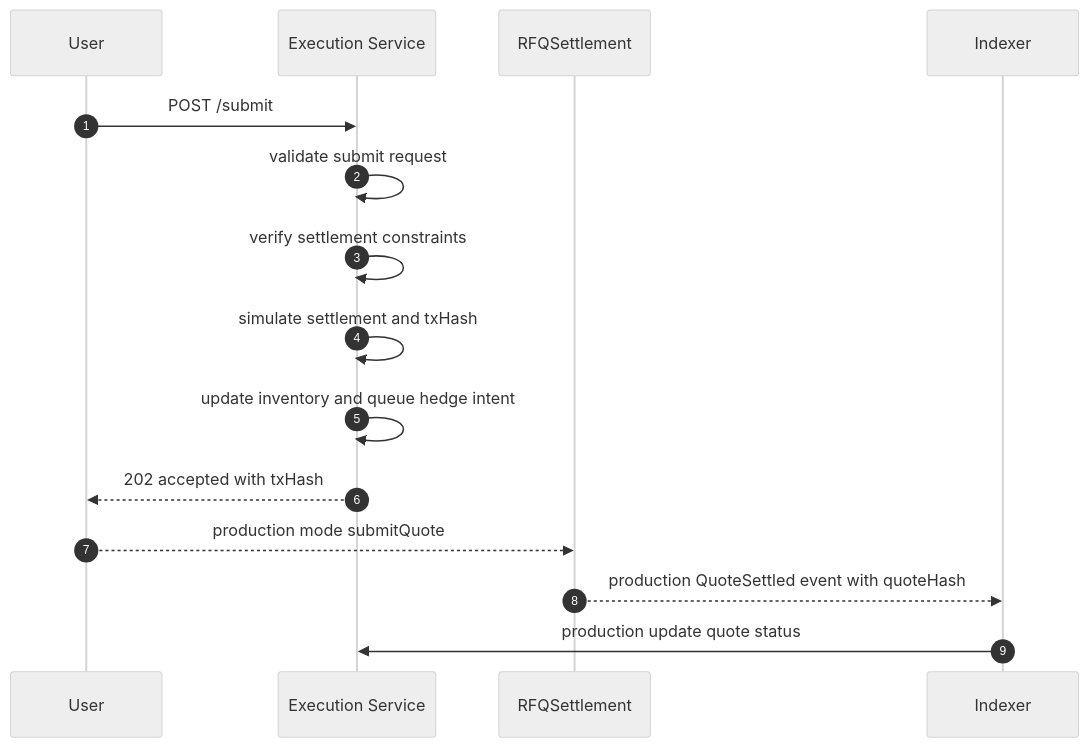
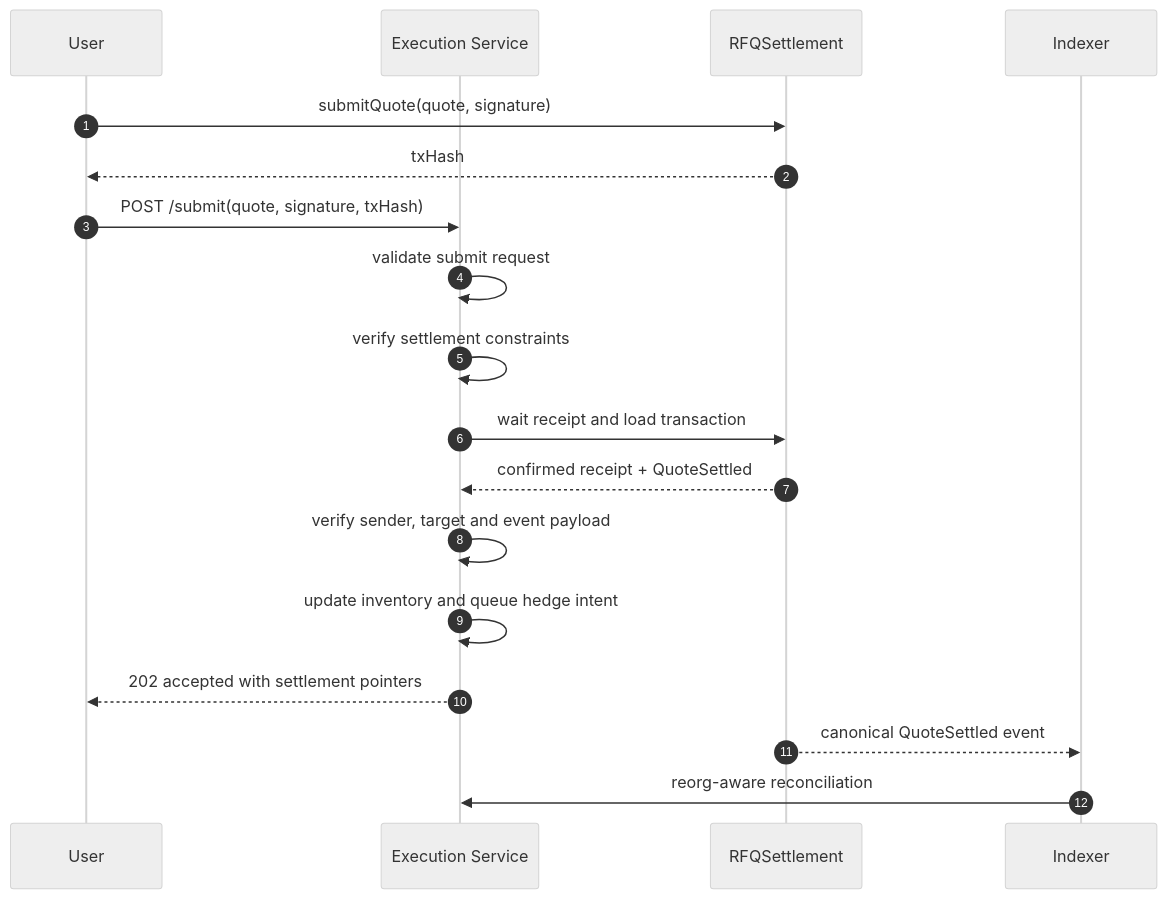
One commit to alvis-ai/production-grade-web3-rfq-market-maker changed the second of 3 diagrams in book/Volume5-BackendEngineering/Chapter06-Execution-Service.md. Above: the diagram before and after it, drawn with Mermaid (neutral theme). The commit also changed other lines of this file and 34 other files, not shown here.

Commit message:
Add receipt-confirmed settlement execution

````diff
--- a/book/Volume5-BackendEngineering/Chapter06-Execution-Service.md
+++ b/book/Volume5-BackendEngineering/Chapter06-Execution-Service.md
@@ -79,18 +79,21 @@
 ```mermaid
 sequenceDiagram
   autonumber
   participant U as User
   participant E as Execution Service
   participant C as RFQSettlement
   participant I as Indexer
 
-  U->>E: POST /submit
+  U->>C: submitQuote(quote, signature)
+  C-->>U: txHash
+  U->>E: POST /submit(quote, signature, txHash)
   E->>E: validate submit request
   E->>E: verify settlement constraints
-  E->>E: simulate settlement and txHash
+  E->>C: wait receipt and load transaction
+  C-->>E: confirmed receipt + QuoteSettled
+  E->>E: verify sender, target and event payload
   E->>E: update inventory and queue hedge intent
-  E-->>U: 202 accepted with txHash
-  U-->>C: production mode submitQuote
-  C-->>I: production QuoteSettled event with quoteHash
-  I->>E: production update quote status
+  E-->>U: 202 accepted with settlement pointers
+  C-->>I: canonical QuoteSettled event
+  I->>E: reorg-aware reconciliation
 ```
````
